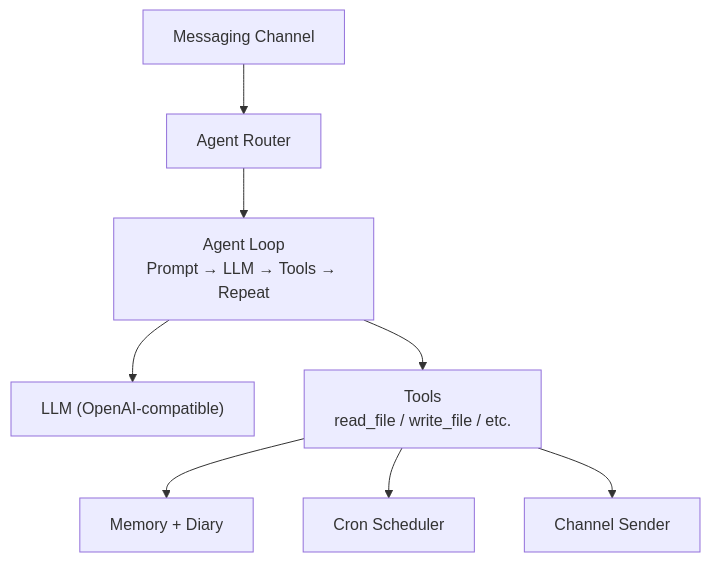
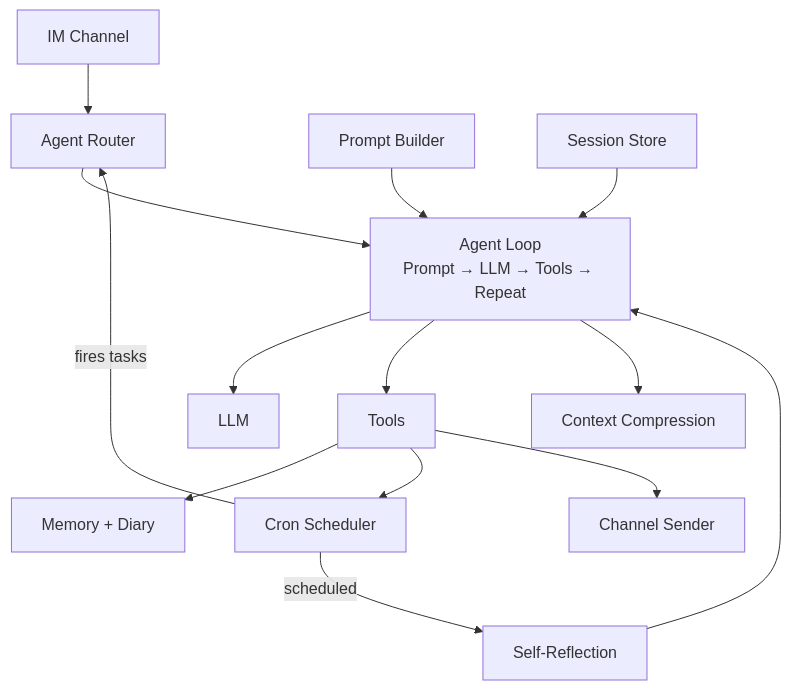
One commit to CzBiX/cyclaw changed the diagram in README.md. Above: the diagram before and after it, drawn with Mermaid. The commit also changed other lines of this file, not shown here.

````diff
--- a/README.md
+++ b/README.md
@@ -8,10 +8,16 @@
 ```mermaid
 graph TD
-    Channel["Messaging Channel"] --> Router["Agent Router"]
+    Channel["IM Channel"] --> Router["Agent Router"]
     Router --> Loop["Agent Loop<br/>Prompt → LLM → Tools → Repeat"]
-    Loop --> LLM["LLM (OpenAI-compatible)"]
-    Loop --> Tools["Tools<br/>read_file / write_file / etc."]
+    Loop --> LLM["LLM"]
+    Loop --> Tools["Tools"]
+    Loop --> Compress["Context Compression"]
     Tools --> Memory["Memory + Diary"]
     Tools --> Scheduler["Cron Scheduler"]
+    Scheduler -->|"fires tasks"| Router
     Tools --> Sender["Channel Sender"]
+    Prompt["Prompt Builder"] --> Loop
+    Sessions["Session Store"] --> Loop
+    Scheduler -->|"scheduled"| Reflection["Self-Reflection"]
+    Reflection --> Loop
 ```
````
